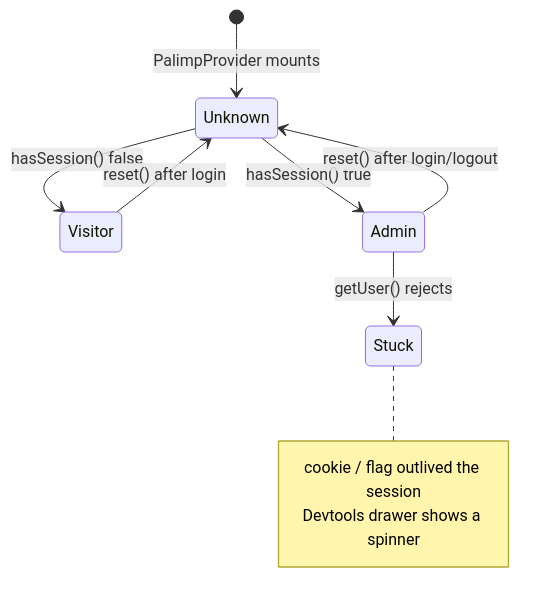
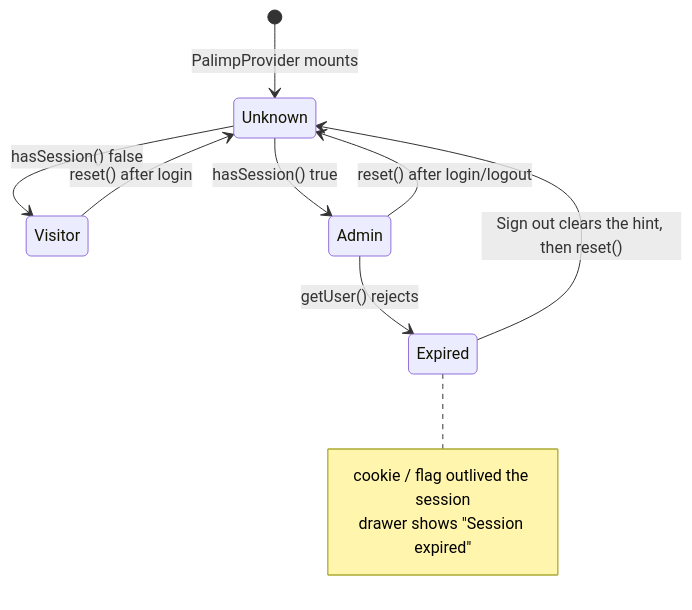
The fourth of 4 diagrams in docs/architecture.md (mishishishi/palimp), drawn with Mermaid before and after one commit. The commit also changed other lines of this file and 18 other files, not shown here.

````diff
--- a/docs/architecture.md
+++ b/docs/architecture.md
@@ -320,13 +325,14 @@
 ```mermaid
 stateDiagram-v2
     [*] --> Unknown: PalimpProvider mounts
     Unknown --> Visitor: hasSession() false
     Unknown --> Admin: hasSession() true
     Admin --> Unknown: reset() after login/logout
     Visitor --> Unknown: reset() after login
-    Admin --> Stuck: getUser() rejects
-    note right of Stuck
+    Admin --> Expired: getUser() rejects
+    Expired --> Unknown: Sign out clears the hint, then reset()
+    note right of Expired
         cookie / flag outlived the session
-        Devtools drawer shows a spinner
+        drawer shows "Session expired"
     end note
 ```
````
